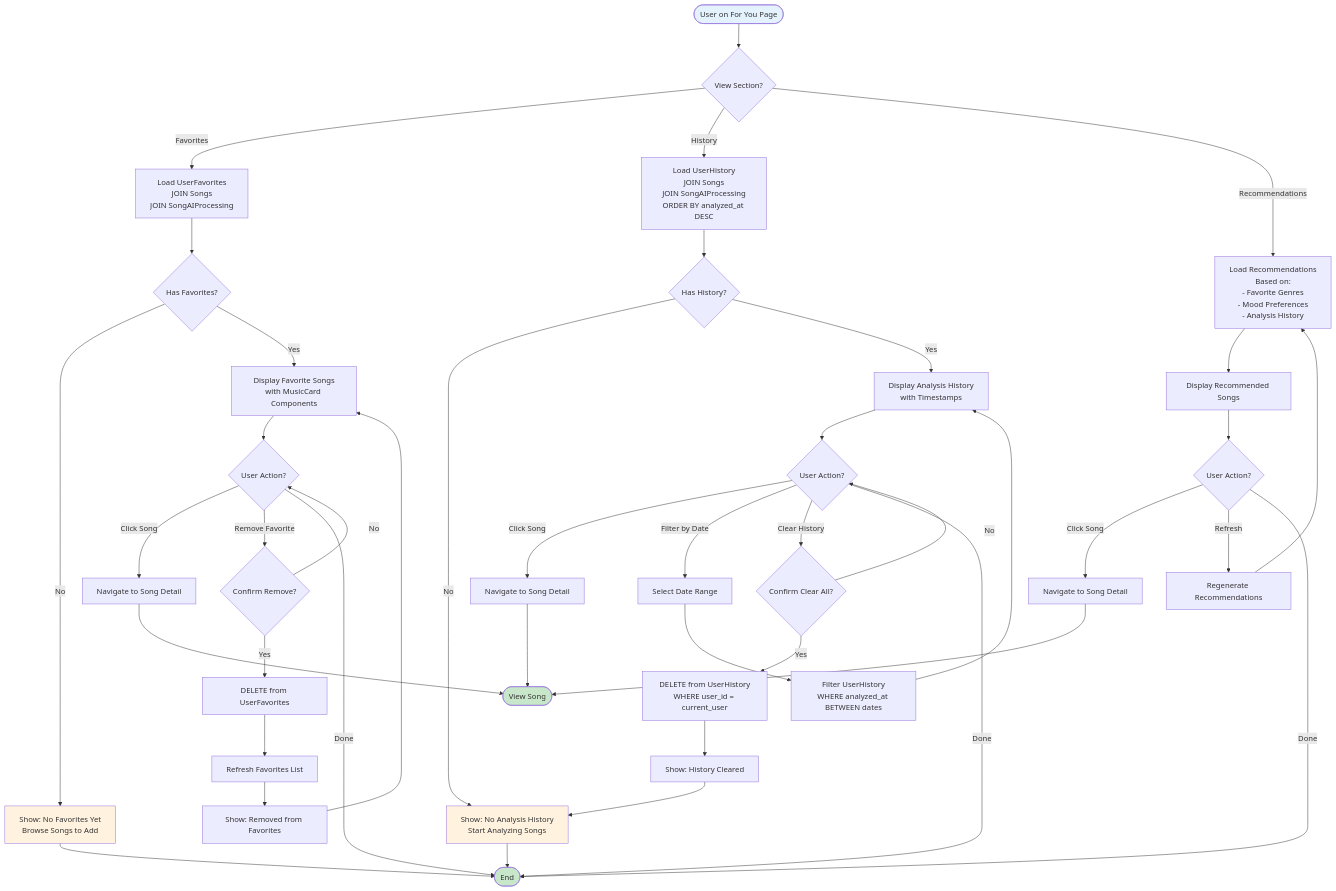
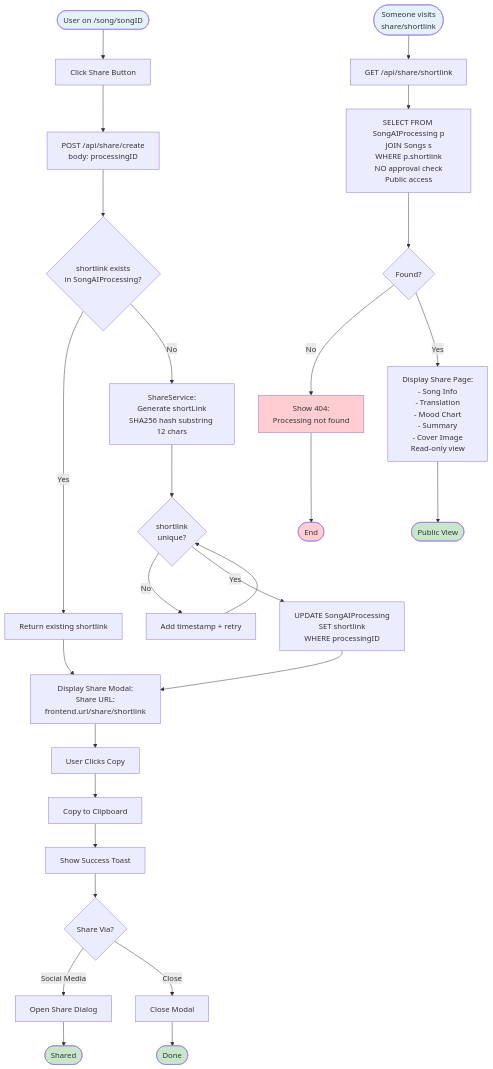
Before and after one commit to tikpoptv/MUSE-MUSIC: the third of 6 diagrams in diagrams/activity-diagram-user.md, drawn with Mermaid. The commit also changed other lines of this file and 1 other file, not shown here.

First line of the commit message:
Revise admin activity diagrams for code accuracy

````diff
--- a/diagrams/activity-diagram-user.md
+++ b/diagrams/activity-diagram-user.md
@@ -192,68 +185,45 @@
 ```mermaid
 flowchart TD
-    Start([User on For You Page]) --> ViewSection{View Section?}
+    Start([User on /song/songID]) --> ClickShare[Click Share Button]
+    ClickShare --> CallShare[POST /api/share/create<br/>body: processingID]
+    CallShare --> CheckExisting{shortlink exists<br/>in SongAIProcessing?}
     
-    %% Favorites Section
-    ViewSection -->|Favorites| LoadFav[Load UserFavorites<br/>JOIN Songs<br/>JOIN SongAIProcessing]
-    LoadFav --> CheckFavEmpty{Has Favorites?}
-    CheckFavEmpty -->|No| ShowEmptyFav[Show: No Favorites Yet<br/>Browse Songs to Add]
-    ShowEmptyFav --> End1([End])
+    CheckExisting -->|Yes| LoadExisting[Return existing shortlink]
+    LoadExisting --> DisplayLink
     
-    CheckFavEmpty -->|Yes| DisplayFav[Display Favorite Songs<br/>with MusicCard Components]
-    DisplayFav --> FavAction{User Action?}
+    CheckExisting -->|No| GenerateShort[ShareService:<br/>Generate shortLink<br/>SHA256 hash substring 12 chars]
+    GenerateShort --> CheckUnique{shortlink<br/>unique?}
+    CheckUnique -->|No| RegenerateShort[Add timestamp + retry]
+    RegenerateShort --> CheckUnique
+    CheckUnique -->|Yes| UpdateProcessing[UPDATE SongAIProcessing<br/>SET shortlink<br/>WHERE processingID]
+    UpdateProcessing --> DisplayLink
     
-    FavAction -->|Click Song| NavigateToSong[Navigate to Song Detail]
-    NavigateToSong --> End2([View Song])
+    DisplayLink[Display Share Modal:<br/>Share URL:<br/>frontend.url/share/shortlink]
+    DisplayLink --> CopyLink[User Clicks Copy]
+    CopyLink --> CopyToClipboard[Copy to Clipboard]
+    CopyToClipboard --> ShowToast[Show Success Toast]
+    ShowToast --> ShareOptions{Share Via?}
     
-    FavAction -->|Remove Favorite| ConfirmRemove{Confirm Remove?}
-    ConfirmRemove -->|No| FavAction
-    ConfirmRemove -->|Yes| DeleteFav[DELETE from UserFavorites]
-    DeleteFav --> RefreshFav[Refresh Favorites List]
-    RefreshFav --> ShowToast1[Show: Removed from Favorites]
-    ShowToast1 --> DisplayFav
+    ShareOptions -->|Social Media| OpenShare[Open Share Dialog]
+    OpenShare --> End1([Shared])
     
-    FavAction -->|Done| End1
+    ShareOptions -->|Close| CloseModal[Close Modal]
+    CloseModal --> End2([Done])
     
-    %% History Section
-    ViewSection -->|History| LoadHistory[Load UserHistory<br/>JOIN Songs<br/>JOIN SongAIProcessing<br/>ORDER BY analyzed_at DESC]
-    LoadHistory --> CheckHistoryEmpty{Has History?}
-    CheckHistoryEmpty -->|No| ShowEmptyHistory[Show: No Analysis History<br/>Start Analyzing Songs]
-    ShowEmptyHistory --> End1
-    
-    CheckHistoryEmpty -->|Yes| DisplayHistory[Display Analysis History<br/>with Timestamps]
-    DisplayHistory --> HistoryAction{User Action?}
-    
-    HistoryAction -->|Click Song| NavigateToSong2[Navigate to Song Detail]
-    NavigateToSong2 --> End2
-    
-    HistoryAction -->|Filter by Date| SelectDate[Select Date Range]
-    SelectDate --> FilterHistory[Filter UserHistory<br/>WHERE analyzed_at BETWEEN dates]
-    FilterHistory --> DisplayHistory
-    
-    HistoryAction -->|Clear History| ConfirmClear{Confirm Clear All?}
-    ConfirmClear -->|No| HistoryAction
-    ConfirmClear -->|Yes| DeleteHistory[DELETE from UserHistory<br/>WHERE user_id = current_user]
-    DeleteHistory --> ShowToast2[Show: History Cleared]
-    ShowToast2 --> ShowEmptyHistory
-    
-    HistoryAction -->|Done| End1
-    
-    %% Recommendations Section
-    ViewSection -->|Recommendations| LoadRecommend[Load Recommendations<br/>Based on:<br/>- Favorite Genres<br/>- Mood Preferences<br/>- Analysis History]
-    LoadRecommend --> DisplayRecommend[Display Recommended Songs]
-    DisplayRecommend --> RecommendAction{User Action?}
-    
-    RecommendAction -->|Click Song| NavigateToSong3[Navigate to Song Detail]
-    NavigateToSong3 --> End2
-    
-    RecommendAction -->|Refresh| RefreshRecommend[Regenerate Recommendations]
-    RefreshRecommend --> LoadRecommend
-    
-    RecommendAction -->|Done| End1
+    %% Public Access
+    Start2([Someone visits<br/>share/shortlink]) --> LoadShare[GET /api/share/shortlink]
+    LoadShare --> QueryDB[SELECT FROM SongAIProcessing p<br/>JOIN Songs s<br/>WHERE p.shortlink<br/>NO approval check<br/>Public access]
+    QueryDB --> CheckFound{Found?}
+    CheckFound -->|No| Show404[Show 404:<br/>Processing not found]
+    Show404 --> End3([End])
+    CheckFound -->|Yes| DisplayPublic[Display Share Page:<br/>- Song Info<br/>- Translation<br/>- Mood Chart<br/>- Summary<br/>- Cover Image<br/>Read-only view]
+    DisplayPublic --> End4([Public View])
     
     style Start fill:#e3f2fd
+    style Start2 fill:#e3f2fd
     style End1 fill:#c8e6c9
     style End2 fill:#c8e6c9
-    style ShowEmptyFav fill:#fff3e0
-    style ShowEmptyHistory fill:#fff3e0
+    style End3 fill:#ffcdd2
+    style End4 fill:#c8e6c9
+    style Show404 fill:#ffcdd2
 ```
````
